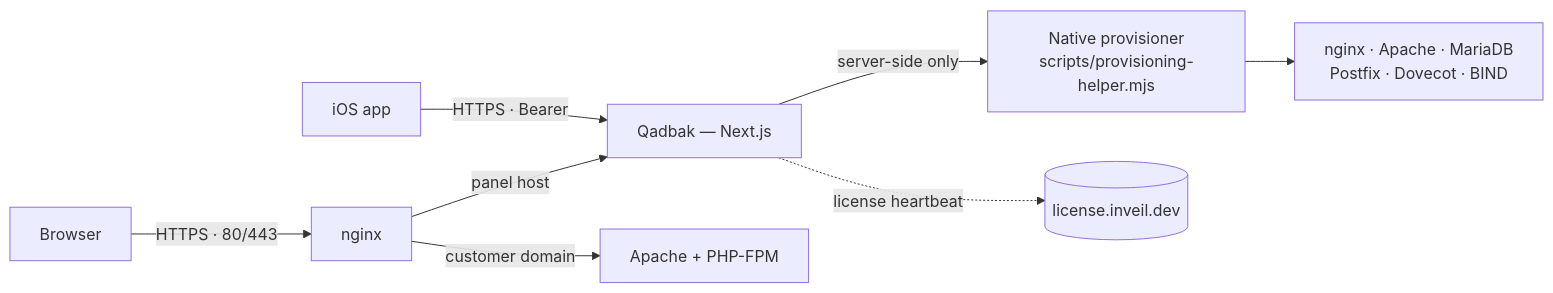
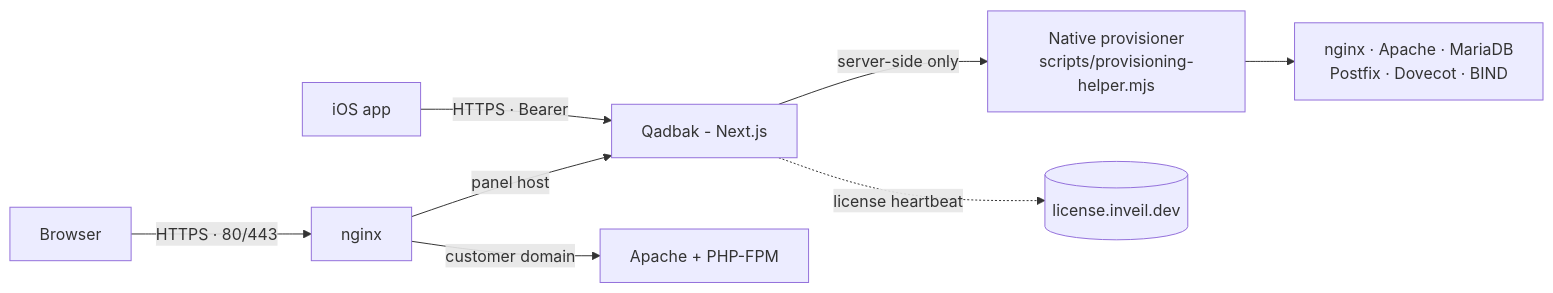
The diagram in README.md (macdirtycow/qadbak), drawn with Mermaid before and after one commit. The commit also changed other lines of this file and 121 other files, not shown here.

````diff
--- a/README.md
+++ b/README.md
@@ -288,10 +288,10 @@
 ```mermaid
 flowchart LR
     B[Browser] -->|"HTTPS · 80/443"| N[nginx]
     I[iOS app] -->|"HTTPS · Bearer"| Q
-    N -->|"panel host"| Q[Qadbak — Next.js]
+    N -->|"panel host"| Q[Qadbak - Next.js]
     N -->|"customer domain"| A[Apache + PHP-FPM]
     Q -->|"server-side only"| P["Native provisioner<br/>scripts/provisioning-helper.mjs"]
     P --> S["nginx · Apache · MariaDB<br/>Postfix · Dovecot · BIND"]
     Q -.->|"license heartbeat"| L[("license.inveil.dev")]
 ```
````
